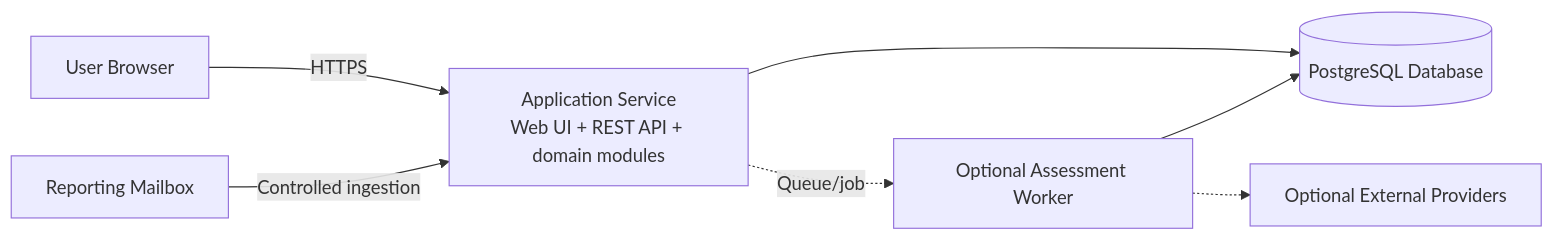
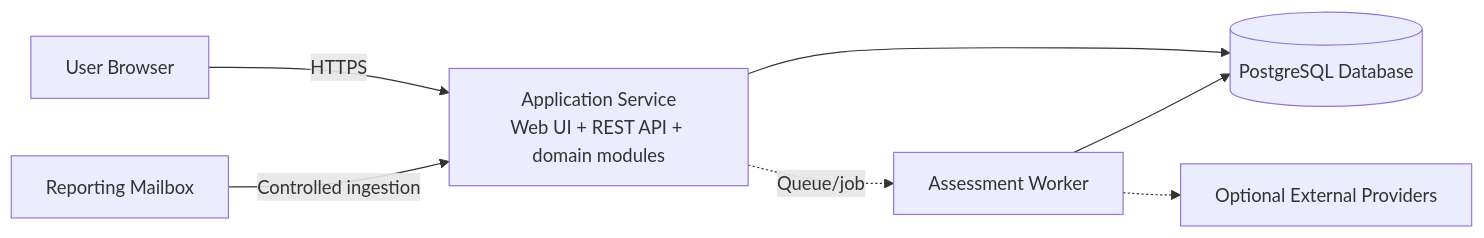
Before and after one commit to muhammedalinux/seng321-ai-powered-phishing-triage: the fourth of 4 diagrams in docs/sprint2/architecture/C4.md, drawn with Mermaid. The commit also changed other lines of this file, not shown here.

````diff
--- a/docs/sprint2/architecture/C4.md
+++ b/docs/sprint2/architecture/C4.md
@@ -299,16 +299,16 @@
 ```mermaid
 flowchart LR
     browser[User Browser]
     app[Application Service\nWeb UI + REST API + domain modules]
-    worker[Optional Assessment Worker]
+    worker[Assessment Worker]
     database[(PostgreSQL Database)]
     mailbox[Reporting Mailbox]
     providers[Optional External Providers]
 
     browser -->|HTTPS| app
     mailbox -->|Controlled ingestion| app
     app --> database
     app -.->|Queue/job| worker
     worker --> database
     worker -.-> providers
 ```
````
